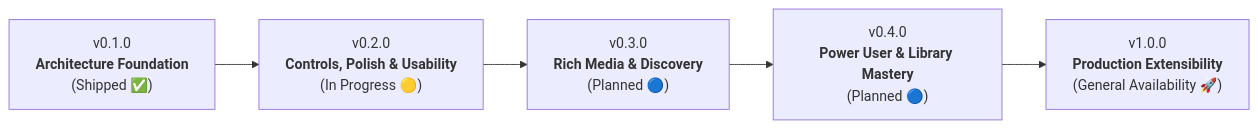
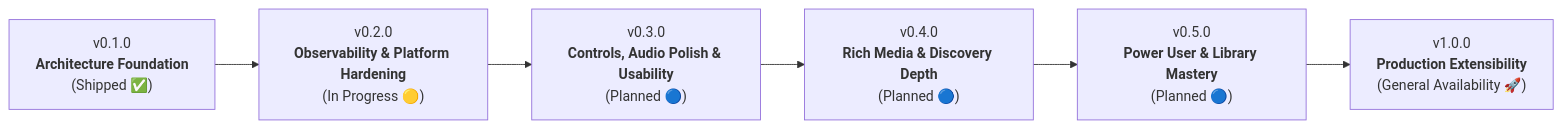
Before and after one commit to RitwikGupta-0501/lyria-music-player: the diagram in docs/VERSION_SCOPE.md, drawn with Mermaid. The commit also changed other lines of this file and 10 other files, not shown here.

````diff
--- a/docs/VERSION_SCOPE.md
+++ b/docs/VERSION_SCOPE.md
@@ -9,7 +9,8 @@
 ```mermaid
 graph LR
-    v010["v0.1.0<br/><b>Architecture Foundation</b><br/>(Shipped ✅)"] --> v020["v0.2.0<br/><b>Controls, Polish & Usability</b><br/>(In Progress 🟡)"]
-    v020 --> v030["v0.3.0<br/><b>Rich Media & Discovery</b><br/>(Planned 🔵)"]
-    v030 --> v040["v0.4.0<br/><b>Power User & Library Mastery</b><br/>(Planned 🔵)"]
-    v040 --> v100["v1.0.0<br/><b>Production Extensibility</b><br/>(General Availability 🚀)"]
+    v010["v0.1.0<br/><b>Architecture Foundation</b><br/>(Shipped ✅)"] --> v020["v0.2.0<br/><b>Observability & Platform Hardening</b><br/>(In Progress 🟡)"]
+    v020 --> v030["v0.3.0<br/><b>Controls, Audio Polish & Usability</b><br/>(Planned 🔵)"]
+    v030 --> v040["v0.4.0<br/><b>Rich Media & Discovery Depth</b><br/>(Planned 🔵)"]
+    v040 --> v050["v0.5.0<br/><b>Power User & Library Mastery</b><br/>(Planned 🔵)"]
+    v050 --> v100["v1.0.0<br/><b>Production Extensibility</b><br/>(General Availability 🚀)"]
 ```
````
